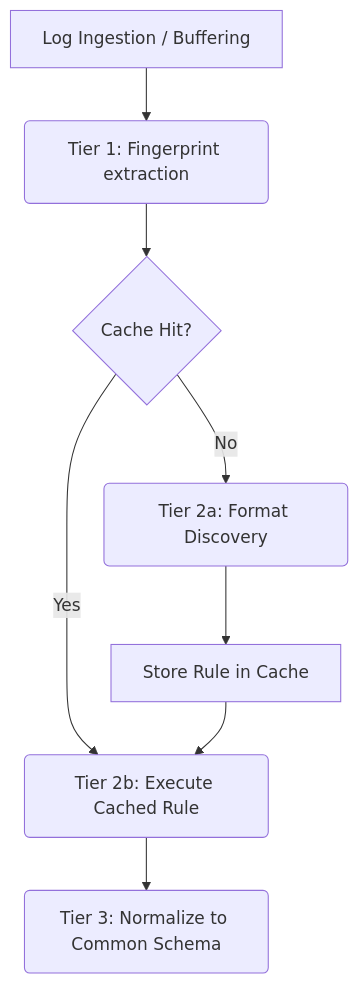
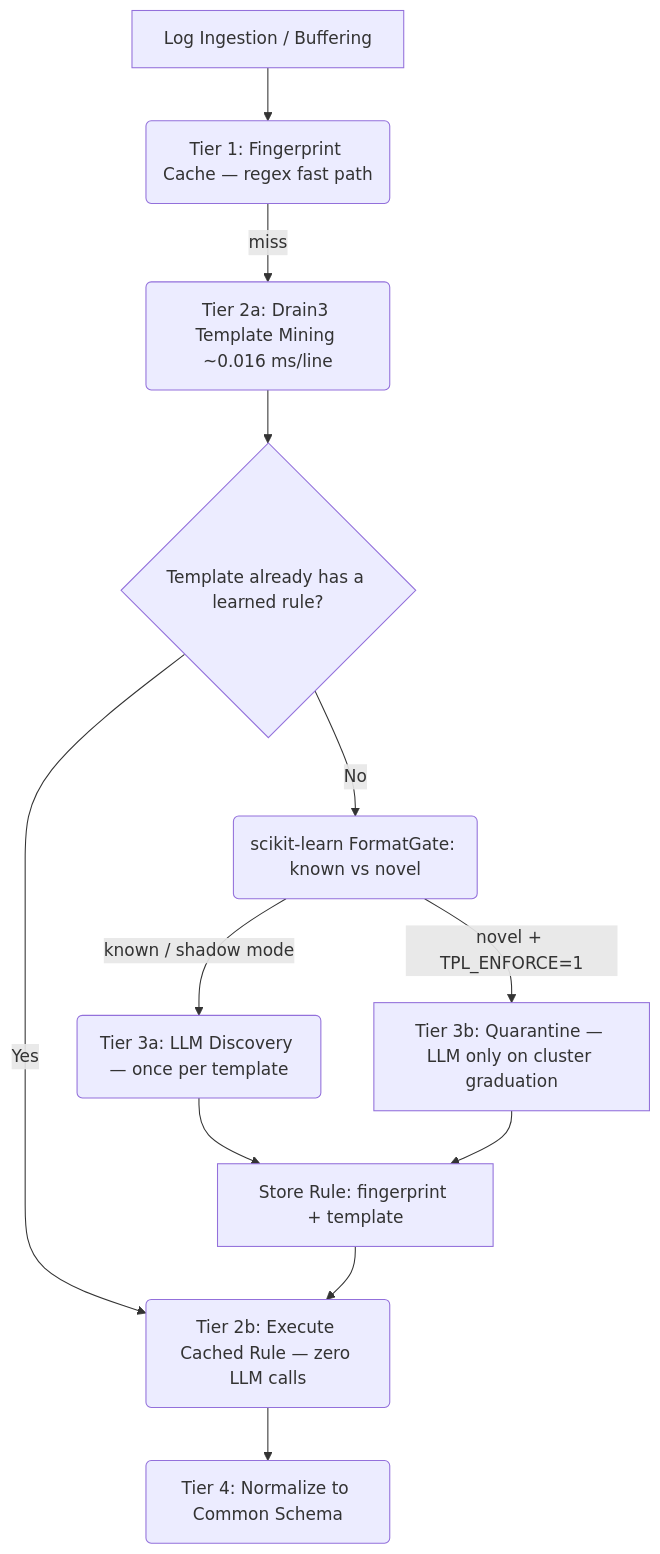
The diagram in README.md (agrwl-utkarsh/sih2026), drawn with Mermaid before and after one commit. The commit also changed other lines of this file and 17 other files, not shown here.

First line of the commit message:
Add Drain3 template tier + scikit-learn format gate (Tier 2a/2b)

````diff
--- a/README.md
+++ b/README.md
@@ -13,10 +13,14 @@
 ```mermaid
 flowchart TD
-    A[Log Ingestion / Buffering] --> B(Tier 1: Fingerprint extraction)
-    B --> C{Cache Hit?}
-    C -- Yes --> D(Tier 2b: Execute Cached Rule)
-    C -- No --> E(Tier 2a: Format Discovery)
-    E --> F[Store Rule in Cache]
-    F --> D
-    D --> G(Tier 3: Normalize to Common Schema)
+    A[Log Ingestion / Buffering] --> B(Tier 1: Fingerprint Cache — regex fast path)
+    B -->|miss| C(Tier 2a: Drain3 Template Mining ~0.016 ms/line)
+    C --> D{Template already has a learned rule?}
+    D -- Yes --> E(Tier 2b: Execute Cached Rule — zero LLM calls)
+    D -- No --> F(scikit-learn FormatGate: known vs novel)
+    F -->|known / shadow mode| G(Tier 3a: LLM Discovery — once per template)
+    F -->|novel + TPL_ENFORCE=1| H[Tier 3b: Quarantine — LLM only on cluster graduation]
+    G --> I[Store Rule: fingerprint + template]
+    H --> I
+    I --> E
+    E --> J(Tier 4: Normalize to Common Schema)
 ```
````
